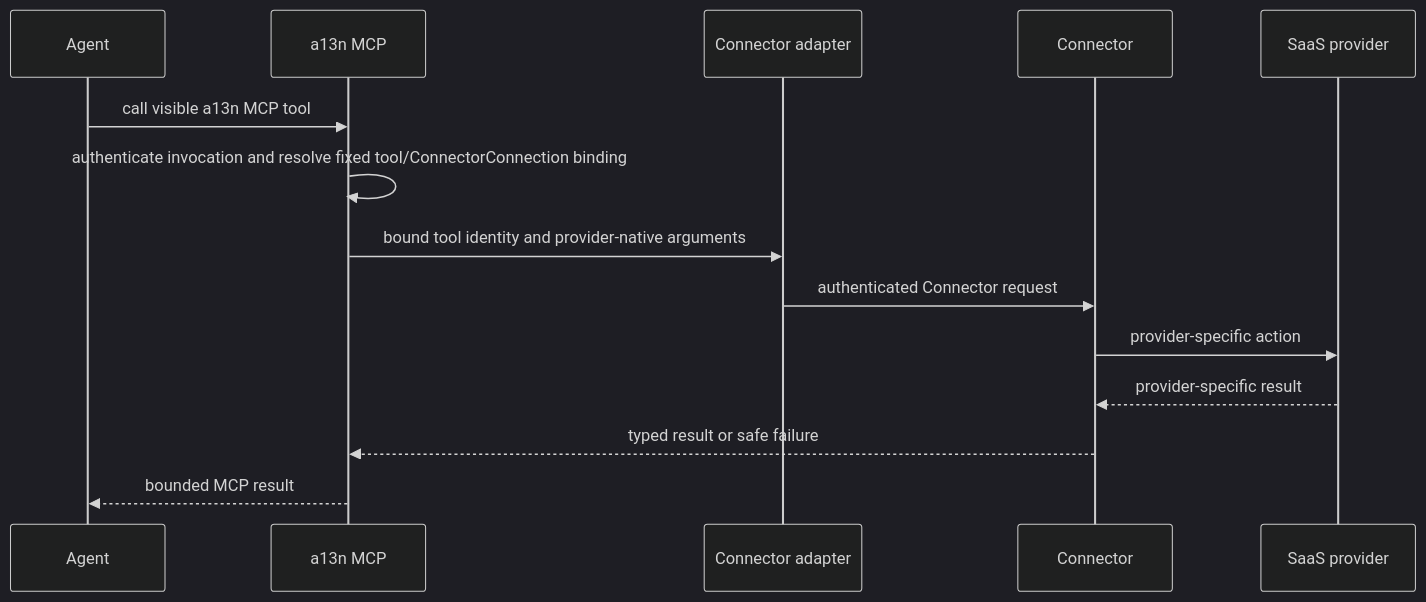
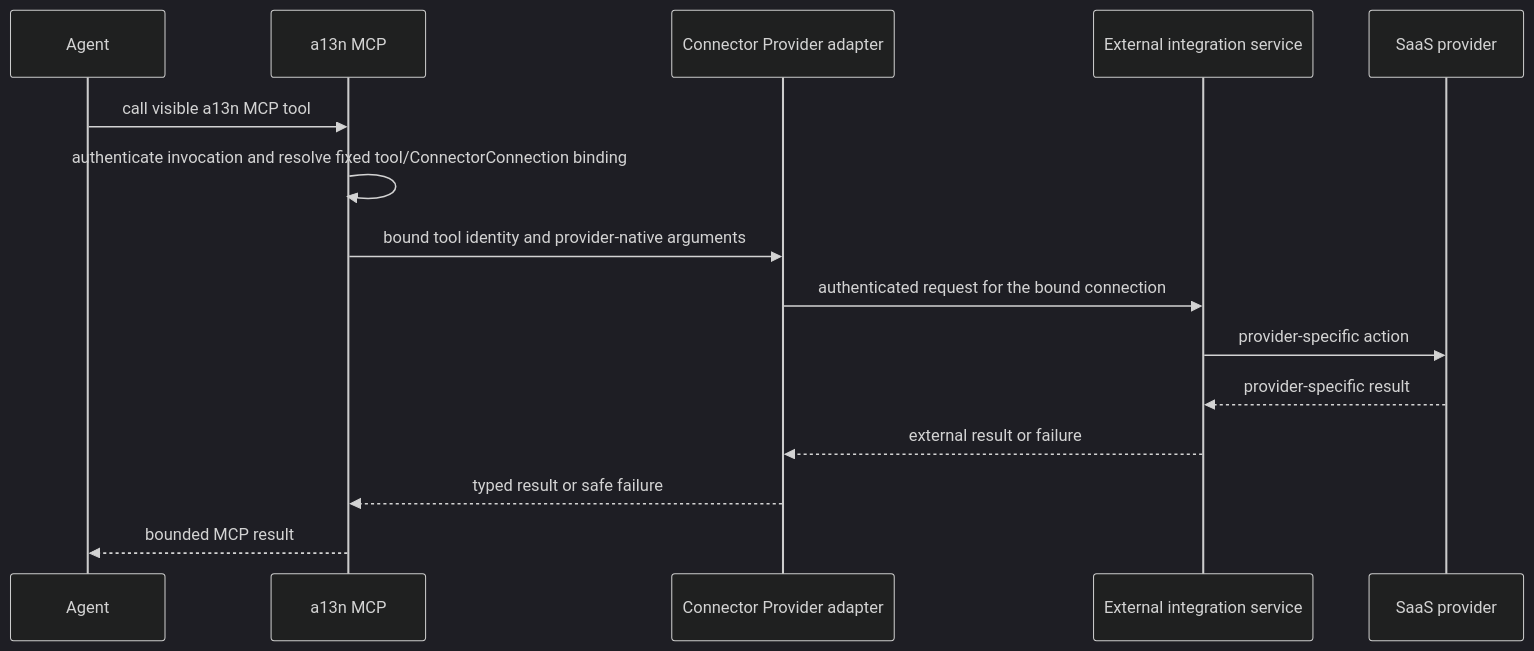
The diagram in spec/foundation-service/40-connectivity/03-connectors-and-connections.md (LTThreeComma/agent-foundation), drawn with Mermaid (dark theme) before and after one commit. The commit also changed other lines of this file and 22 other files, not shown here.

````diff
--- a/spec/foundation-service/40-connectivity/03-connectors-and-connections.md
+++ b/spec/foundation-service/40-connectivity/03-connectors-and-connections.md
@@ -121,17 +173,18 @@
 ```mermaid
 sequenceDiagram
     participant Agent
     participant MCP as a13n MCP
-    participant Adapter as Connector adapter
-    participant Connector
+    participant Adapter as Connector Provider adapter
+    participant Service as External integration service
     participant Provider as SaaS provider
 
     Agent->>MCP: call visible a13n MCP tool
     MCP->>MCP: authenticate invocation and resolve fixed tool/ConnectorConnection binding
     MCP->>Adapter: bound tool identity and provider-native arguments
-    Adapter->>Connector: authenticated Connector request
-    Connector->>Provider: provider-specific action
-    Provider-->>Connector: provider-specific result
-    Connector-->>MCP: typed result or safe failure
+    Adapter->>Service: authenticated request for the bound connection
+    Service->>Provider: provider-specific action
+    Provider-->>Service: provider-specific result
+    Service-->>Adapter: external result or failure
+    Adapter-->>MCP: typed result or safe failure
     MCP-->>Agent: bounded MCP result
 ```
````
